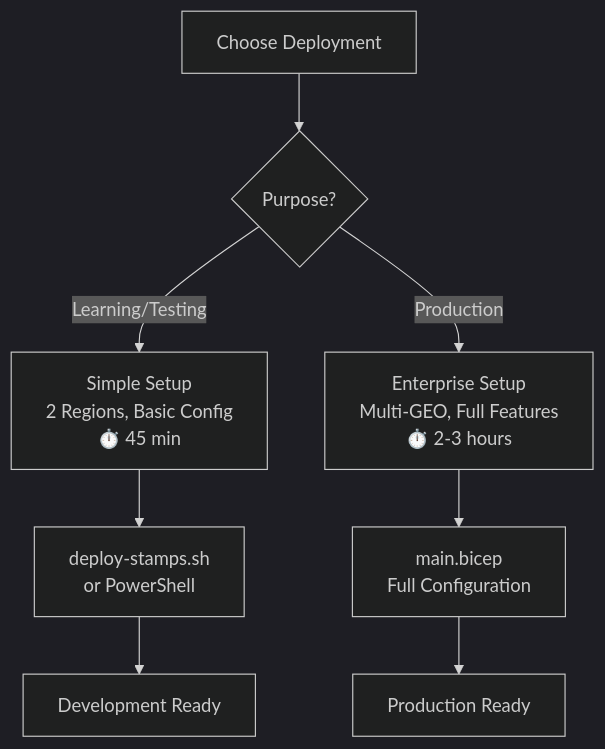
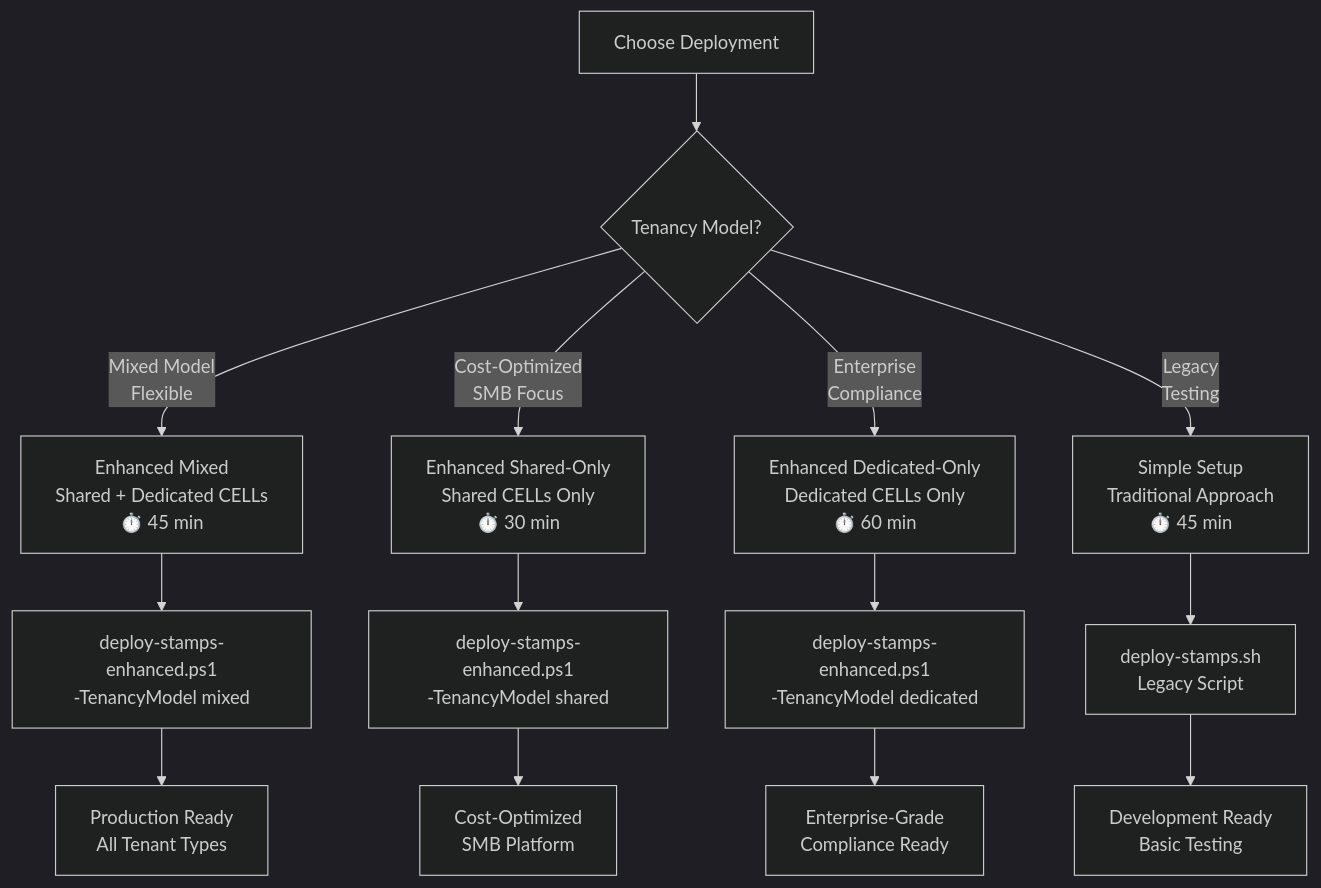
The first of 2 diagrams in DEPLOYMENT_GUIDE.md (srnichols/StampsPattern), drawn with Mermaid (dark theme) before and after one commit. The commit also changed other lines of this file and 12 other files, not shown here.

````diff
--- a/DEPLOYMENT_GUIDE.md
+++ b/DEPLOYMENT_GUIDE.md
@@ -17,10 +18,16 @@
 ```mermaid
 flowchart TD
-    A[Choose Deployment] --> B{Purpose?}
-    B -->|Learning/Testing| C[Simple Setup<br/>2 Regions, Basic Config<br/>⏱️ 45 min]
-    B -->|Production| D[Enterprise Setup<br/>Multi-GEO, Full Features<br/>⏱️ 2-3 hours]
-    C --> E[deploy-stamps.sh<br/>or PowerShell]
-    D --> F[main.bicep<br/>Full Configuration]
-    E --> G[Development Ready]
-    F --> H[Production Ready]
+    A[Choose Deployment] --> B{Tenancy Model?}
+    B -->|Mixed Model<br/>Flexible| C[Enhanced Mixed<br/>Shared + Dedicated CELLs<br/>⏱️ 45 min]
+    B -->|Cost-Optimized<br/>SMB Focus| D[Enhanced Shared-Only<br/>Shared CELLs Only<br/>⏱️ 30 min]
+    B -->|Enterprise<br/>Compliance| E[Enhanced Dedicated-Only<br/>Dedicated CELLs Only<br/>⏱️ 60 min]
+    B -->|Legacy<br/>Testing| F[Simple Setup<br/>Traditional Approach<br/>⏱️ 45 min]
+    C --> G[deploy-stamps-enhanced.ps1<br/>-TenancyModel mixed]
+    D --> H[deploy-stamps-enhanced.ps1<br/>-TenancyModel shared]
+    E --> I[deploy-stamps-enhanced.ps1<br/>-TenancyModel dedicated]
+    F --> J[deploy-stamps.sh<br/>Legacy Script]
+    G --> K[Production Ready<br/>All Tenant Types]
+    H --> L[Cost-Optimized<br/>SMB Platform]
+    I --> M[Enterprise-Grade<br/>Compliance Ready]
+    J --> N[Development Ready<br/>Basic Testing]
 ```
````
